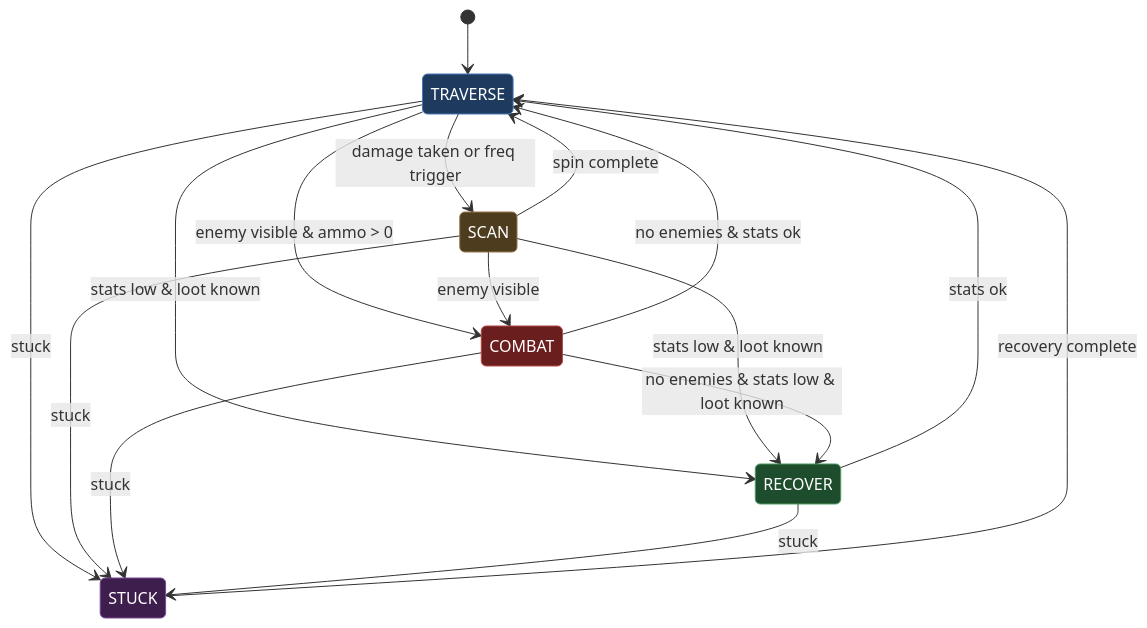
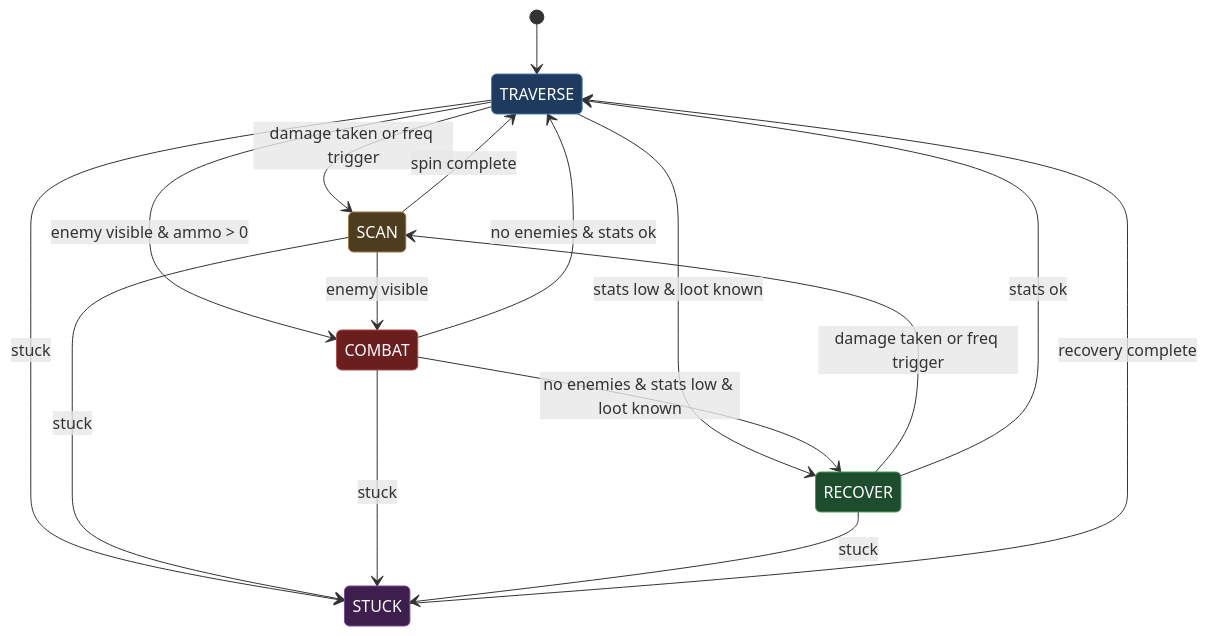
The diagram in docs/state_machine_design.md (aidanpb9/doom-agent), drawn with Mermaid before and after one commit. The commit also changed other lines of this file and 5 other files, not shown here.

````diff
--- a/docs/state_machine_design.md
+++ b/docs/state_machine_design.md
@@ -25,35 +26,35 @@
 ```mermaid
 stateDiagram-v2
     [*] --> TRAVERSE
 
     TRAVERSE --> STUCK : stuck
     TRAVERSE --> SCAN : damage taken or freq trigger
     TRAVERSE --> COMBAT : enemy visible & ammo > 0
     TRAVERSE --> RECOVER : stats low & loot known
 
     SCAN --> STUCK : stuck
     SCAN --> COMBAT : enemy visible
-    SCAN --> RECOVER : stats low & loot known
     SCAN --> TRAVERSE : spin complete
 
     COMBAT --> STUCK : stuck
     COMBAT --> RECOVER : no enemies & stats low & loot known
     COMBAT --> TRAVERSE : no enemies & stats ok
 
     RECOVER --> STUCK : stuck
+    RECOVER --> SCAN : damage taken or freq trigger
     RECOVER --> TRAVERSE : stats ok
 
     STUCK --> TRAVERSE : recovery complete
 
     classDef traverse fill:#1e3a5f,stroke:#4a7ab5,color:#fff
     classDef combat fill:#6b1e1e,stroke:#b54a4a,color:#fff
     classDef recover fill:#1e4d2e,stroke:#4a9a5d,color:#fff
     classDef scan fill:#4d3d1e,stroke:#9a7a4a,color:#fff
     classDef stuck fill:#3d1e4d,stroke:#7a4a9a,color:#fff
 
     class TRAVERSE traverse
     class COMBAT combat
     class RECOVER recover
     class SCAN scan
     class STUCK stuck
 ```
````
